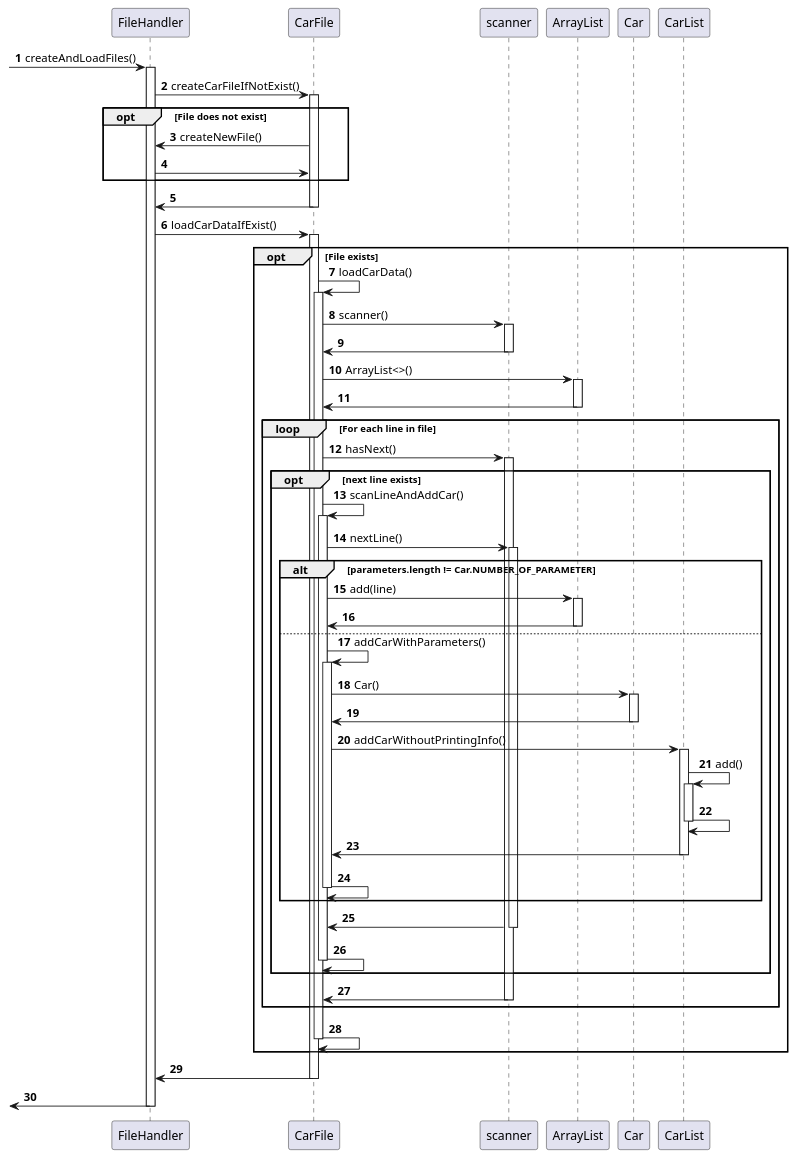
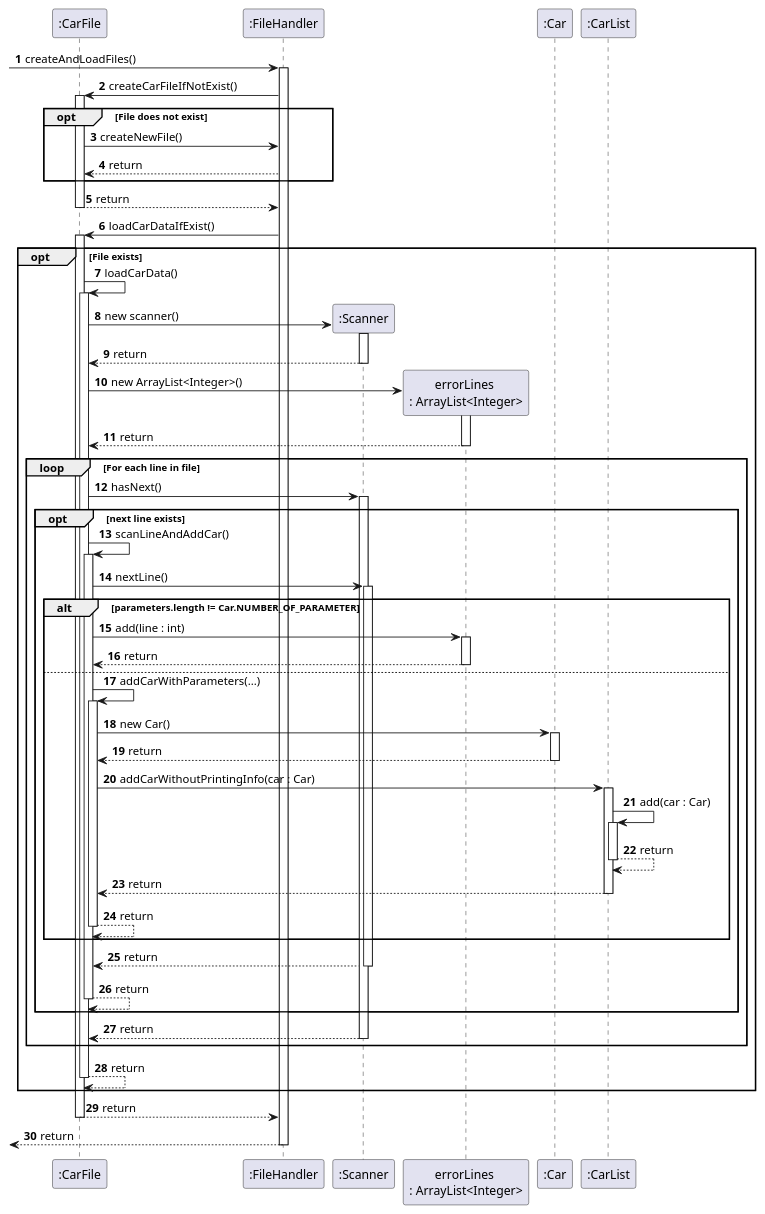
One commit to rexkoh425/tp changed the diagram in docs/UML/CarFileLoader.puml. Above: the diagram before and after it, drawn with PlantUML.

Commit message:
Improve quality of UML for CareFileLoader

```diff
--- a/docs/UML/CarFileLoader.puml
+++ b/docs/UML/CarFileLoader.puml
@@ -1,81 +1,90 @@
 @startuml
 'https://plantuml.com/sequence-diagram
 
 autonumber
+participant ":CarFile" as CarFile
+participant ":FileHandler" as FileHandler
+participant ":Scanner" as scanner
+participant "errorLines \n: ArrayList<Integer>" as ArrayList
+participant ":Car" as Car
+participant ":CarList" as CarList
 
  -> FileHandler: createAndLoadFiles()
 activate FileHandler
     FileHandler -> CarFile : createCarFileIfNotExist()
     activate CarFile
         opt File does not exist
             CarFile -> FileHandler : createNewFile()
-            FileHandler -> CarFile
+            FileHandler --> CarFile : return
         end opt
-    CarFile -> FileHandler
+    CarFile --> FileHandler : return
     deactivate CarFile
 
 FileHandler -> CarFile: loadCarDataIfExist()
 activate CarFile
     opt File exists
         CarFile -> CarFile : loadCarData()
         activate CarFile
 
-            CarFile -> scanner : scanner()
+
+            create scanner
+            CarFile -> scanner : new scanner()
             activate scanner
-                scanner -> CarFile
+                scanner --> CarFile : return
             deactivate scanner
 
-            CarFile -> ArrayList: ArrayList<>()
+            create ArrayList
+            CarFile -> ArrayList: new ArrayList<Integer>()
             activate ArrayList
-                ArrayList -> CarFile
+                ArrayList --> CarFile : return
             deactivate ArrayList
 
             loop For each line in file
                 CarFile -> scanner : hasNext()
                 activate scanner
                     opt next line exists
                         CarFile -> CarFile: scanLineAndAddCar()
                         activate CarFile
                             CarFile -> scanner : nextLine()
                             activate scanner
                                 alt parameters.length != Car.NUMBER_OF_PARAMETER
-                                    CarFile -> ArrayList : add(line)
+                                    CarFile -> ArrayList : add(line : int)
                                     activate ArrayList
-                                    ArrayList -> CarFile
+                                    ArrayList --> CarFile : return
                                     deactivate ArrayList
                                 else
-                                    CarFile -> CarFile : addCarWithParameters()
+                                    CarFile -> CarFile : addCarWithParameters(...)
                                     activate CarFile
-                                        CarFile -> Car : Car()
+                                        CarFile -> Car : new Car()
                                         activate Car
-                                        Car -> CarFile
+                                        Car --> CarFile : return
                                         deactivate Car
-                                        CarFile -> CarList : addCarWithoutPrintingInfo()
+                                        CarFile -> CarList : addCarWithoutPrintingInfo(car : Car)
                                         activate CarList
-                                            CarList -> CarList : add()
+                                            CarList -> CarList : add(car : Car)
                                             activate CarList
-                                                CarList -> CarList
+                                                CarList --> CarList : return
                                             deactivate CarList
-                                        CarList -> CarFile
+                                        CarList --> CarFile : return
                                         deactivate CarList
-                                    CarFile -> CarFile
+                                    CarFile --> CarFile : return
                                     deactivate CarFile
                                 end alt
-                            scanner -> CarFile
+                            scanner --> CarFile : return
                             deactivate scanner
-                        CarFile -> CarFile
+                        CarFile --> CarFile : return
                         deactivate CarFile
                     end opt
-                scanner -> CarFile
+                scanner --> CarFile : return
                 deactivate scanner
             end loop
 
-        CarFile -> CarFile
+        CarFile --> CarFile : return
         deactivate CarFile
     end opt
-CarFile -> FileHandler
+CarFile --> FileHandler : return
 deactivate CarFile
 
-<- FileHandler
+<-- FileHandler : return
 deactivate FileHandler
 @enduml
```
